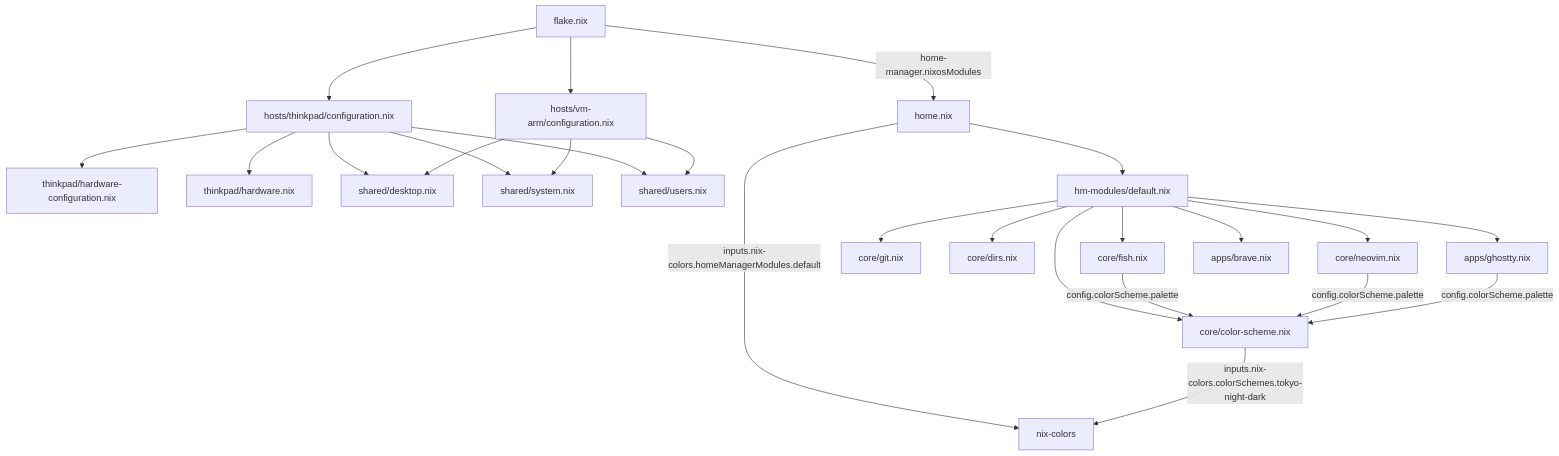
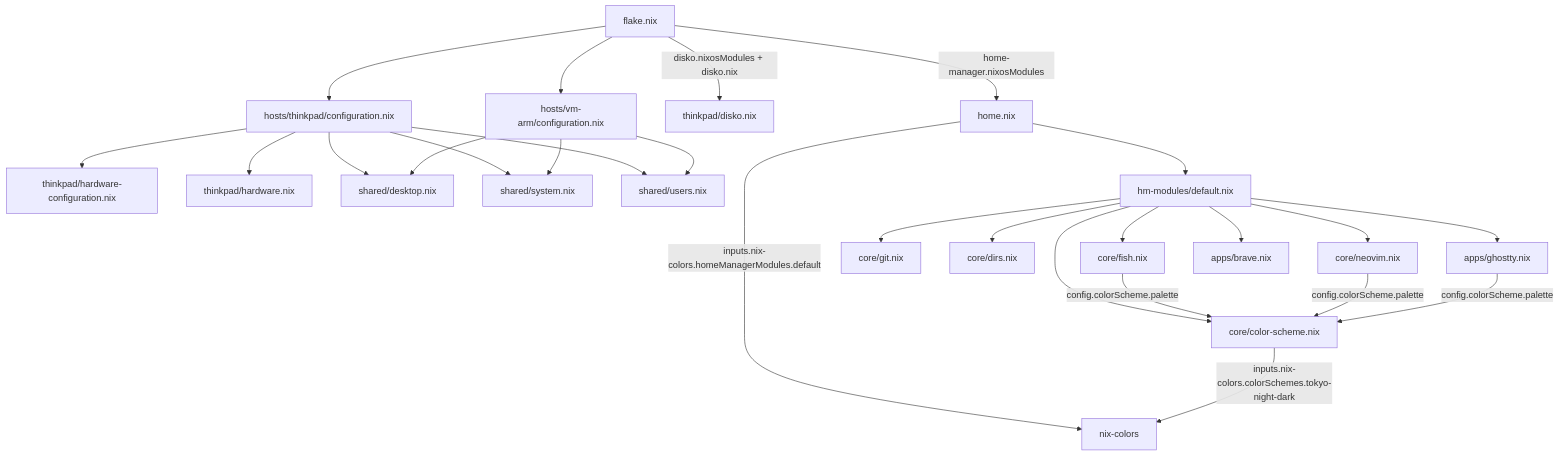
One commit to kaczub/NixOS changed the diagram in KONFIGURACJA.md. Above: the diagram before and after it, drawn with Mermaid. The commit also changed other lines of this file and 3 other files, not shown here.

````diff
--- a/KONFIGURACJA.md
+++ b/KONFIGURACJA.md
@@ -21,32 +21,33 @@
 ```mermaid
 graph TD
     F[flake.nix] --> TC[hosts/thinkpad/configuration.nix]
     F --> VC[hosts/vm-arm/configuration.nix]
+    F -->|disko.nixosModules + disko.nix| DK[thinkpad/disko.nix]
     F -->|home-manager.nixosModules| H[home.nix]
 
     TC --> HW[thinkpad/hardware-configuration.nix]
     TC --> HWN[thinkpad/hardware.nix]
     TC --> D[shared/desktop.nix]
     TC --> S[shared/system.nix]
     TC --> U[shared/users.nix]
 
     VC --> D
     VC --> S
     VC --> U
 
     H -->|inputs.nix-colors.homeManagerModules.default| NC[nix-colors]
     H --> HM[hm-modules/default.nix]
 
     HM --> FSH[core/fish.nix]
     HM --> GIT[core/git.nix]
     HM --> DIR[core/dirs.nix]
     HM --> NV[core/neovim.nix]
     HM --> CS[core/color-scheme.nix]
     HM --> GH[apps/ghostty.nix]
     HM --> BR[apps/brave.nix]
 
     CS -->|inputs.nix-colors.colorSchemes.tokyo-night-dark| NC
     FSH -->|config.colorScheme.palette| CS
     NV -->|config.colorScheme.palette| CS
     GH -->|config.colorScheme.palette| CS
 ```
````
